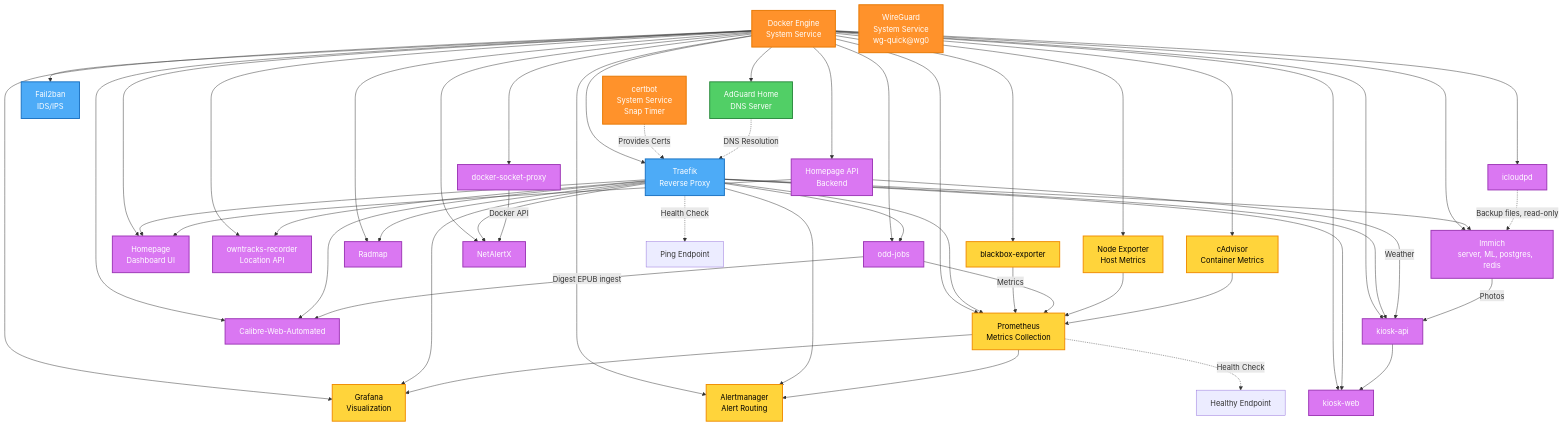
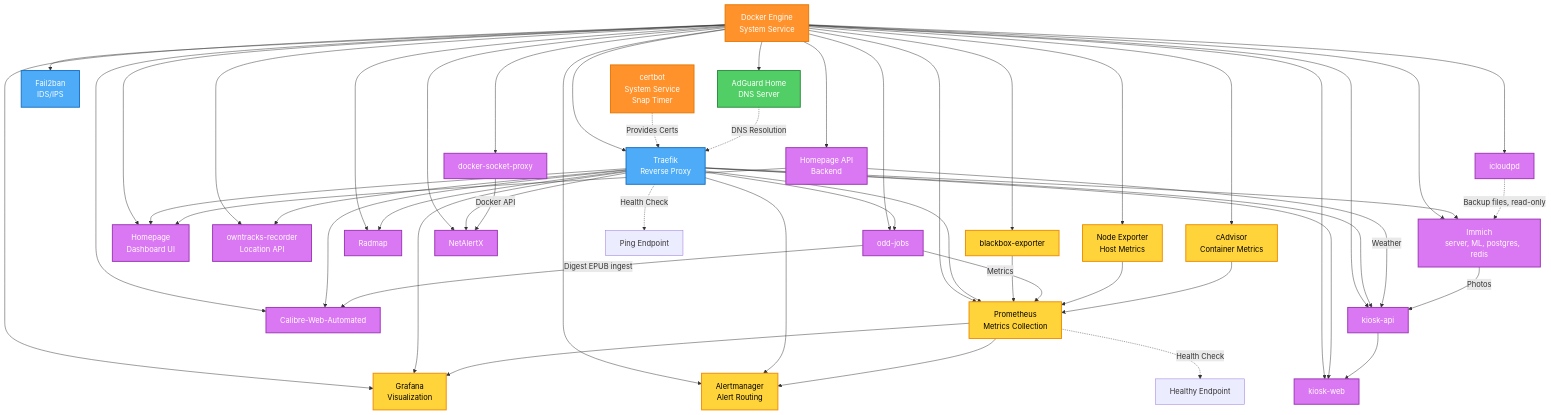
One commit to josephradford/home-server-stack changed the third of 5 diagrams in ARCHITECTURE.md. Above: the diagram before and after it, drawn with Mermaid. The commit also changed other lines of this file and 23 other files, not shown here.

First line of the commit message:
refactor: move WireGuard VPN from the server to the UDR7 (#244)

```diff
--- a/ARCHITECTURE.md
+++ b/ARCHITECTURE.md
@@ -345,9 +341,6 @@
     %% System services
     Docker["Docker Engine
     System Service"]
-    WireGuard["WireGuard
-    System Service
-    wg-quick@wg0"]
     Certbot["certbot
     System Service
     Snap Timer"]
@@ -461,7 +454,7 @@
     classDef monitoring fill:#ffd43b,stroke:#f08c00,stroke-width:2px,color:#000
     classDef dashboard fill:#da77f2,stroke:#9c36b5,stroke-width:2px,color:#fff
 
-    class Docker,WireGuard,Certbot system
+    class Docker,Certbot system
     class Traefik,Fail2ban network
     class AdGuard core
     class Prometheus,NodeExporter,CAdvisor,Grafana,Alertmanager,Blackbox monitoring
```
